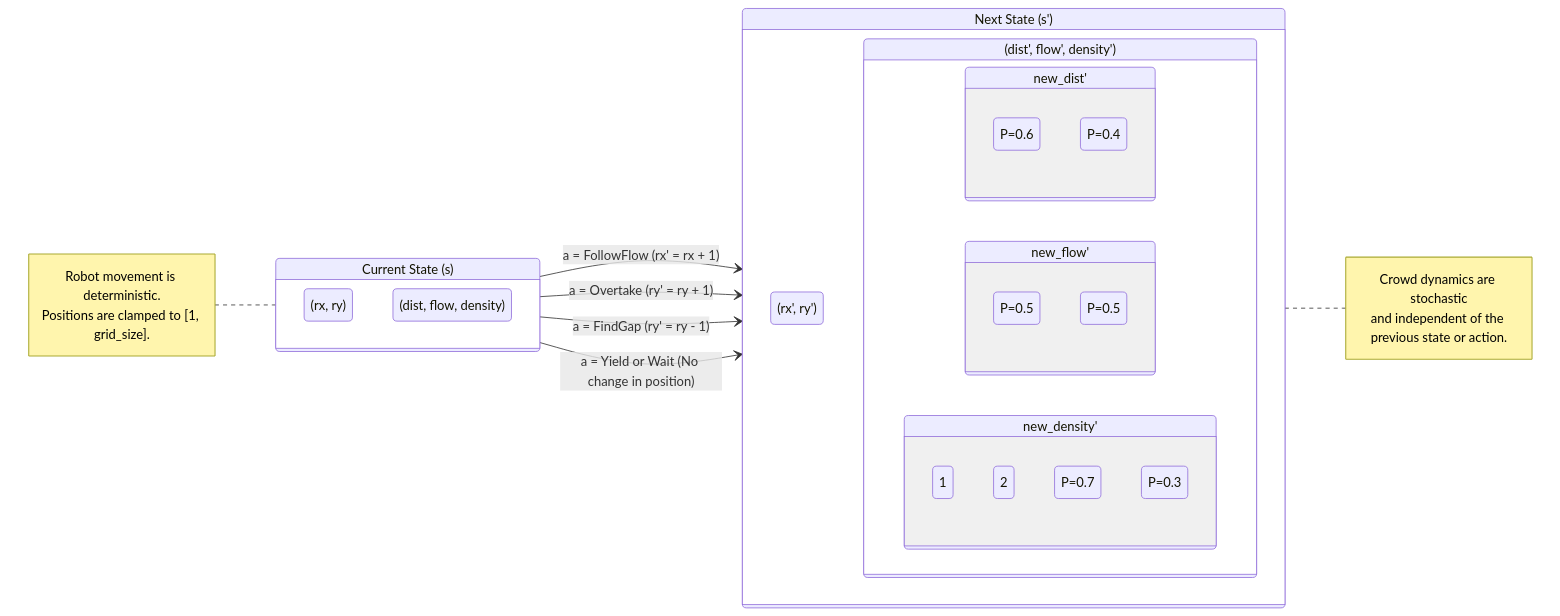
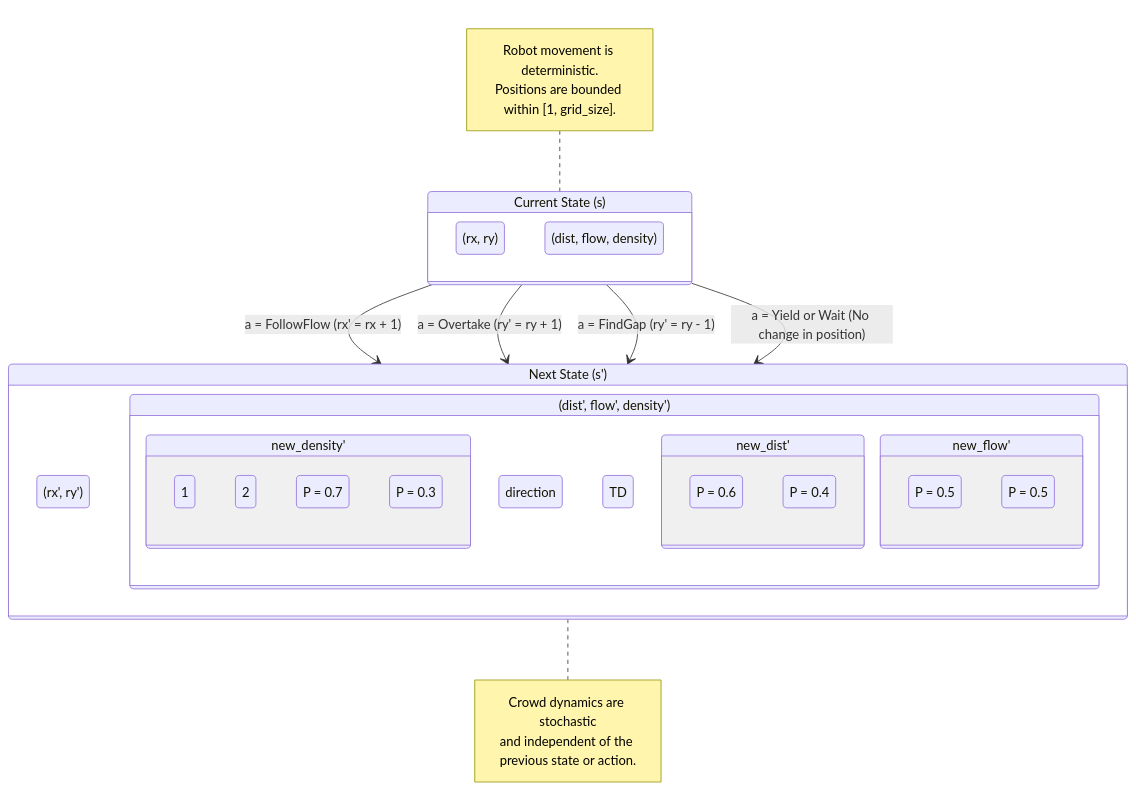
The diagram in README.md (hoashalarajh/Partially-Observable-Markov-Decision-Process-based-Robot-Decision-Making), drawn with Mermaid before and after one commit. The commit also changed other lines of this file, not shown here.

Commit message:
Update README formatting and wording for clarity

````diff
--- a/README.md
+++ b/README.md
@@ -36,50 +36,50 @@
 ```mermaid
 stateDiagram-v2
-    direction LR
+    direction TD
 
     %% Define the states
     state "Current State (s)" as S {
         direction TB
         Robot_Pos: (rx, ry)
         Crowd_State: (dist, flow, density)
     }
 
     state "Next State (s')" as S_prime {
         direction TB
         Robot_Pos_New: (rx', ry')
         Crowd_State_New: (dist', flow', density')
     }
 
     %% Part 1: Deterministic Robot Transitions based on Action (a)
     note left of S
         Robot movement is deterministic.
-        Positions are clamped to [1, grid_size].
+        Positions are bounded within [1, grid_size].
     end note
     
     S --> S_prime : a = FollowFlow (rx' = rx + 1)
     S --> S_prime : a = Overtake (ry' = ry + 1)
     S --> S_prime : a = FindGap (ry' = ry - 1)
     S --> S_prime : a = Yield or Wait (No change in position)
 
     %% Part 2: Stochastic Crowd Transition (Independent of Action)
     note right of S_prime
         Crowd dynamics are stochastic
         and independent of the previous state or action.
     end note
 
     state Crowd_State_New {
-        direction LR
+        direction TD
         state "new_dist'" as ND {
-            1 (Far) : P=0.6
-            2 (Near) : P=0.4
+            1 (Far) : P = 0.6
+            2 (Near) : P = 0.4
         }
         state "new_flow'" as NF {
-            1 (Aligned) : P=0.5
-            2 (Opposing) : P=0.5
+            1 (Aligned) : P = 0.5
+            2 (Opposing) : P = 0.5
         }
         state "new_density'" as NDen {
-            1 (Low) : P=0.7
-            2 (High) : P=0.3
+            1 (Low) : P = 0.7
+            2 (High) : P = 0.3
         }
     }
 ```
````
